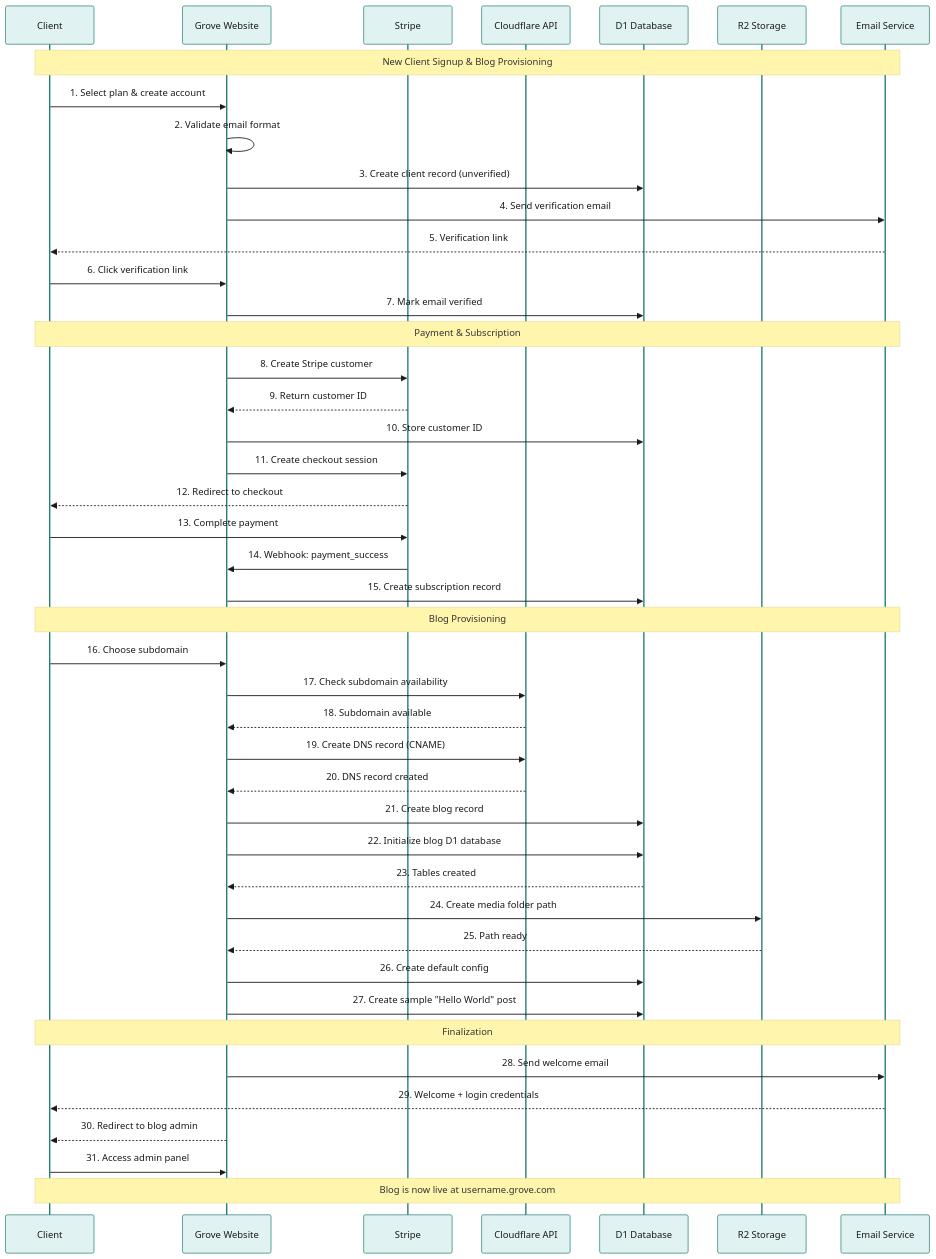
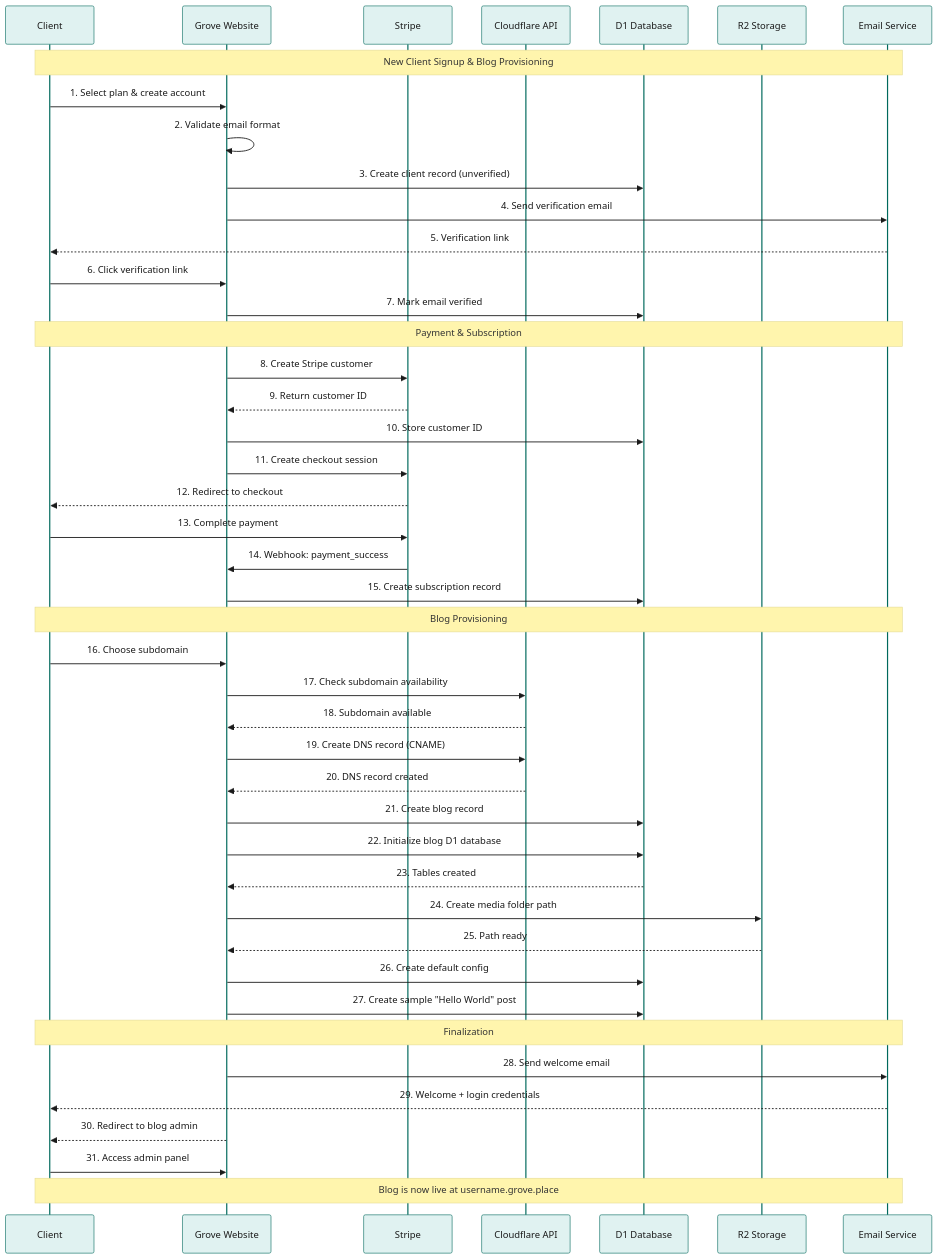
The ninth of 20 diagrams in docs/diagrams.md (AutumnsGrove/GroveEngine), drawn with Mermaid before and after one commit. The commit also changed other lines of this file and 11 other files, not shown here.

First line of the commit message:
docs: Update domain to grove.place and move to Phase 0.1

````diff
--- a/docs/diagrams.md
+++ b/docs/diagrams.md
@@ -580,56 +580,56 @@
 ```mermaid
 %%{init: {'theme': 'base', 'themeVariables': {'primaryColor': '#e0f2f1', 'primaryTextColor': '#1a1a1a', 'primaryBorderColor': '#00695c', 'lineColor': '#00695c', 'background': '#ffffff'}}}%%
 sequenceDiagram
     participant C as Client
     participant W as Grove Website
     participant S as Stripe
     participant CF as Cloudflare API
     participant D1 as D1 Database
     participant R2 as R2 Storage
     participant E as Email Service
 
     Note over C,E: New Client Signup & Blog Provisioning
 
     C->>W: 1. Select plan & create account
     W->>W: 2. Validate email format
     W->>D1: 3. Create client record (unverified)
     W->>E: 4. Send verification email
     E-->>C: 5. Verification link
     C->>W: 6. Click verification link
     W->>D1: 7. Mark email verified
 
     Note over C,E: Payment & Subscription
 
     W->>S: 8. Create Stripe customer
     S-->>W: 9. Return customer ID
     W->>D1: 10. Store customer ID
     W->>S: 11. Create checkout session
     S-->>C: 12. Redirect to checkout
     C->>S: 13. Complete payment
     S->>W: 14. Webhook: payment_success
     W->>D1: 15. Create subscription record
 
     Note over C,E: Blog Provisioning
 
     C->>W: 16. Choose subdomain
     W->>CF: 17. Check subdomain availability
     CF-->>W: 18. Subdomain available
     W->>CF: 19. Create DNS record (CNAME)
     CF-->>W: 20. DNS record created
     W->>D1: 21. Create blog record
     W->>D1: 22. Initialize blog D1 database
     D1-->>W: 23. Tables created
     W->>R2: 24. Create media folder path
     R2-->>W: 25. Path ready
     W->>D1: 26. Create default config
     W->>D1: 27. Create sample "Hello World" post
 
     Note over C,E: Finalization
 
     W->>E: 28. Send welcome email
     E-->>C: 29. Welcome + login credentials
     W-->>C: 30. Redirect to blog admin
     C->>W: 31. Access admin panel
 
-    Note over C,E: Blog is now live at username.grove.com
+    Note over C,E: Blog is now live at username.grove.place
 ```
````
